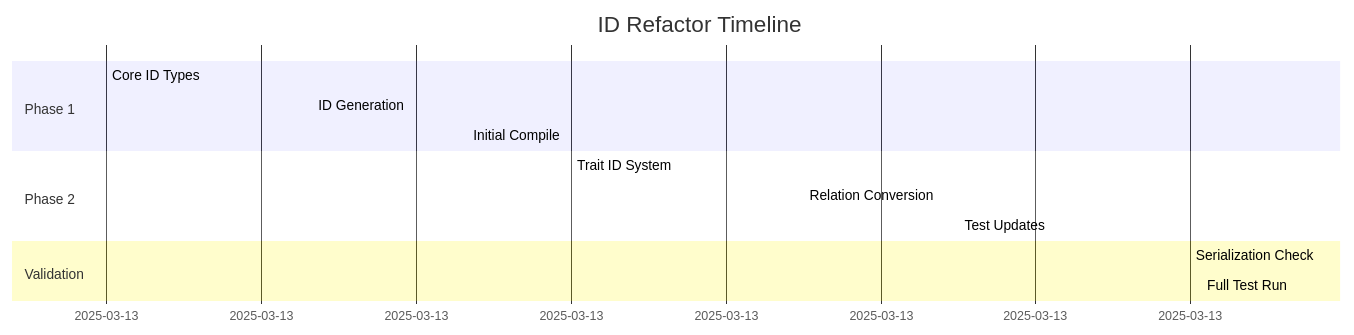
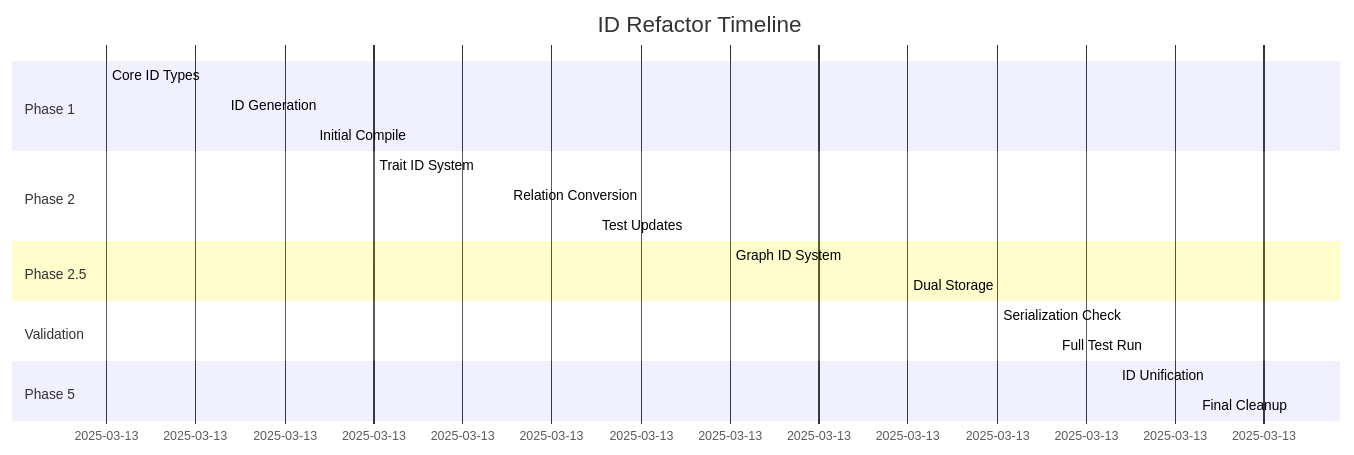
One commit to josephleblanc/syn_parser changed the diagram in docs/ai_notes/id_refactor/detailed_plan.md. Above: the diagram before and after it, drawn with Mermaid. The commit also changed other lines of this file and 1 other file, not shown here.

Commit message:
docs: Update refactor plan with graph ID system and unification.

````diff
--- a/docs/ai_notes/id_refactor/detailed_plan.md
+++ b/docs/ai_notes/id_refactor/detailed_plan.md
@@ -200,18 +200,26 @@
 ```mermaid
 gantt
     title ID Refactor Timeline
     dateFormat  HH-mm
     section Phase 1
     Core ID Types       : 00-00, 40min
     ID Generation       : 00-40, 30min
     Initial Compile     : 01-10, 20min
     
     section Phase 2
     Trait ID System     : 01-30, 45min
     Relation Conversion : 02-15, 30min
     Test Updates        : 02-45, 45min
     
+    section Phase 2.5
+    Graph ID System     : 03-30, 60min
+    Dual Storage        : 04-30, 30min
+    
     section Validation
-    Serialization Check : 03-30, 20min
-    Full Test Run       : 03-50, 20min
+    Serialization Check : 05-00, 20min
+    Full Test Run       : 05-20, 20min
+    
+    section Phase 5
+    ID Unification      : 05-40, 60min
+    Final Cleanup       : 06-40, 20min
 ```
````
